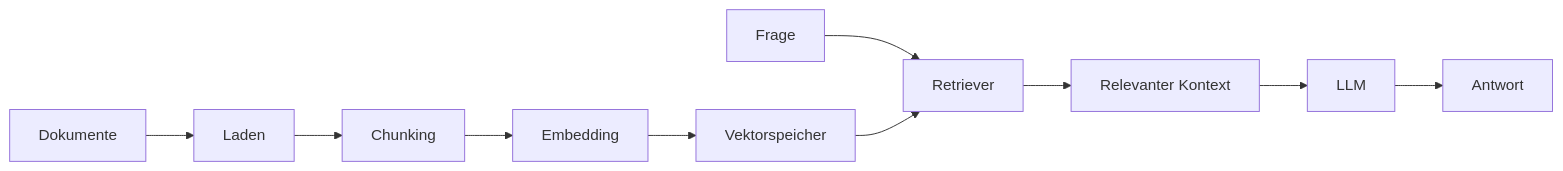
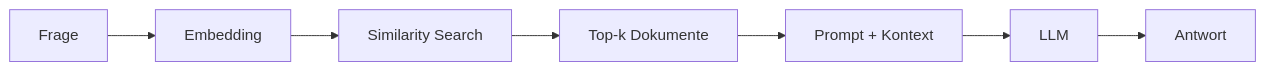
The second of 2 diagrams in docs/concepts/rag-konzepte.md (ralf-42/Agenten), drawn with Mermaid before and after one commit. The commit also changed other lines of this file and 16 other files, not shown here.

````diff
--- a/docs/concepts/rag-konzepte.md
+++ b/docs/concepts/rag-konzepte.md
@@ -43,12 +72,9 @@
 ```mermaid
 flowchart LR
-    A[Dokumente] --> B[Laden]
-    B --> C[Chunking]
-    C --> D[Embedding]
-    D --> E[Vektorspeicher]
-    Q[Frage] --> R[Retriever]
-    E --> R
-    R --> K[Relevanter Kontext]
-    K --> LLM[LLM]
-    LLM --> ANS[Antwort]
+    A[Frage] --> B[Embedding]
+    B --> C[Similarity Search]
+    C --> D[Top-k Dokumente]
+    D --> E[Prompt + Kontext]
+    E --> F[LLM]
+    F --> G[Antwort]
 ```
````
